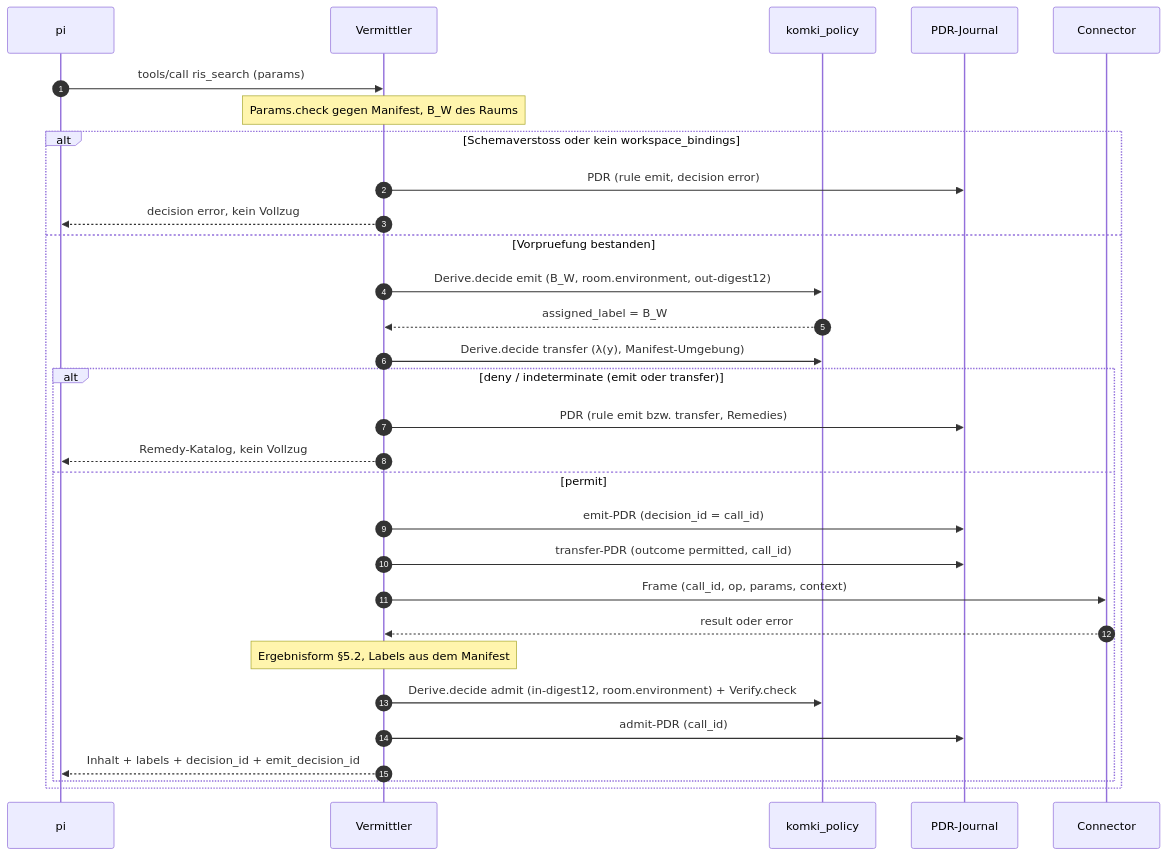
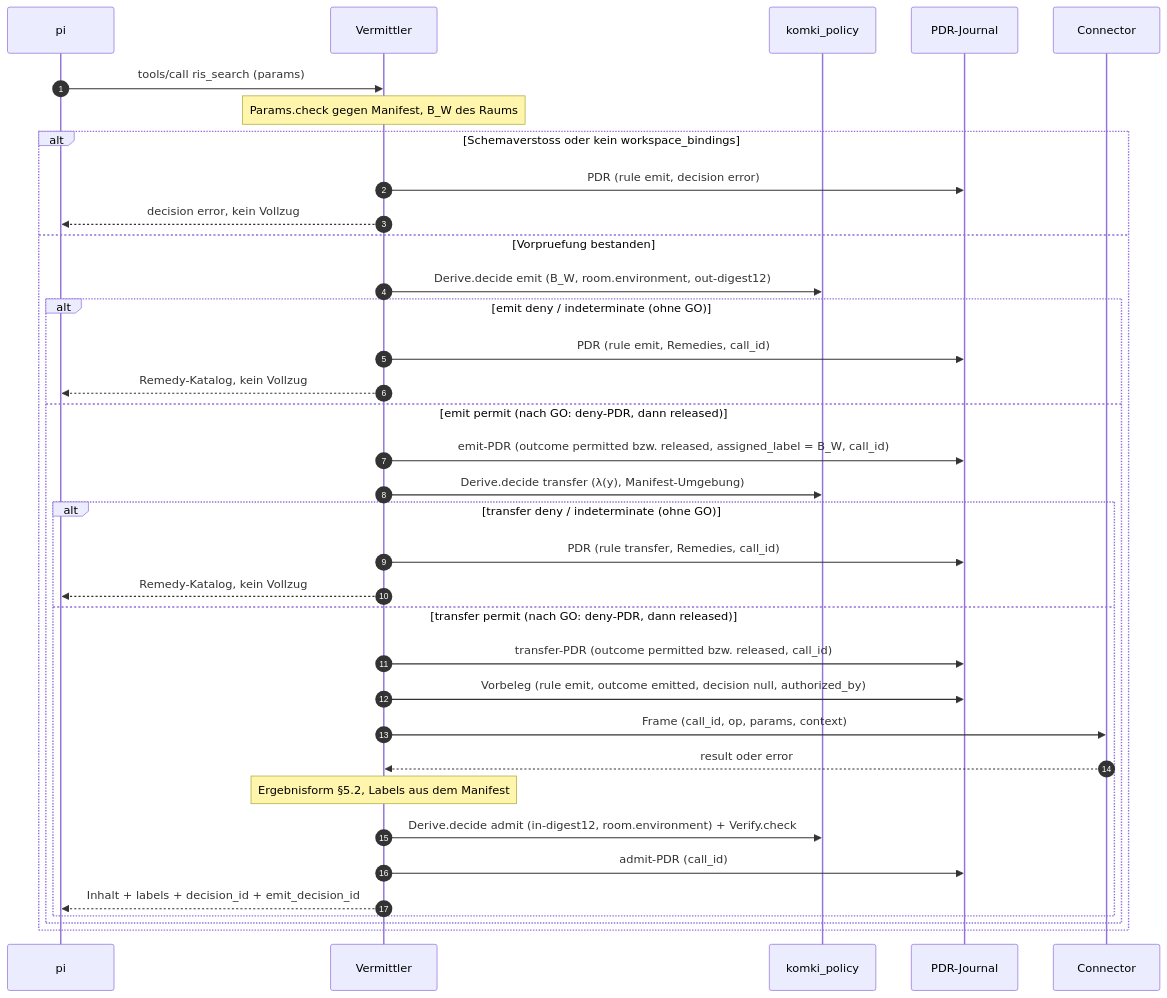
One commit to croesnick/kommunalpolitik_ki changed the third of 3 diagrams in apps/komki_mediator/README.md. Above: the diagram before and after it, drawn with Mermaid. The commit also changed other lines of this file and 11 other files, not shown here.

First line of the commit message:
Journal lückenlos: jede Entscheidung eines Connector-Aufrufs als PDR, Vorbeleg mit authorized_by, komki-pdr/4 (Ticket #298) (#316)

````diff
--- a/apps/komki_mediator/README.md
+++ b/apps/komki_mediator/README.md
@@ -152,33 +155,38 @@
 ```mermaid
 sequenceDiagram
     autonumber
     participant P as pi
     participant M as Vermittler
     participant K as komki_policy
     participant J as PDR-Journal
     participant C as Connector
 
     P->>M: tools/call ris_search (params)
     Note over M: Params.check gegen Manifest, B_W des Raums
     alt Schemaverstoss oder kein workspace_bindings
         M->>J: PDR (rule emit, decision error)
         M-->>P: decision error, kein Vollzug
     else Vorpruefung bestanden
         M->>K: Derive.decide emit (B_W, room.environment, out-digest12)
-        K-->>M: assigned_label = B_W
-        M->>K: Derive.decide transfer (λ(y), Manifest-Umgebung)
-        alt deny / indeterminate (emit oder transfer)
-            M->>J: PDR (rule emit bzw. transfer, Remedies)
+        alt emit deny / indeterminate (ohne GO)
+            M->>J: PDR (rule emit, Remedies, call_id)
             M-->>P: Remedy-Katalog, kein Vollzug
-        else permit
-            M->>J: emit-PDR (decision_id = call_id)
-            M->>J: transfer-PDR (outcome permitted, call_id)
-            M->>C: Frame (call_id, op, params, context)
-            C-->>M: result oder error
-            Note over M: Ergebnisform §5.2, Labels aus dem Manifest
-            M->>K: Derive.decide admit (in-digest12, room.environment) + Verify.check
-            M->>J: admit-PDR (call_id)
-            M-->>P: Inhalt + labels + decision_id + emit_decision_id
+        else emit permit (nach GO: deny-PDR, dann released)
+            M->>J: emit-PDR (outcome permitted bzw. released, assigned_label = B_W, call_id)
+            M->>K: Derive.decide transfer (λ(y), Manifest-Umgebung)
+            alt transfer deny / indeterminate (ohne GO)
+                M->>J: PDR (rule transfer, Remedies, call_id)
+                M-->>P: Remedy-Katalog, kein Vollzug
+            else transfer permit (nach GO: deny-PDR, dann released)
+                M->>J: transfer-PDR (outcome permitted bzw. released, call_id)
+                M->>J: Vorbeleg (rule emit, outcome emitted, decision null, authorized_by)
+                M->>C: Frame (call_id, op, params, context)
+                C-->>M: result oder error
+                Note over M: Ergebnisform §5.2, Labels aus dem Manifest
+                M->>K: Derive.decide admit (in-digest12, room.environment) + Verify.check
+                M->>J: admit-PDR (call_id)
+                M-->>P: Inhalt + labels + decision_id + emit_decision_id
+            end
         end
     end
 ```
````
